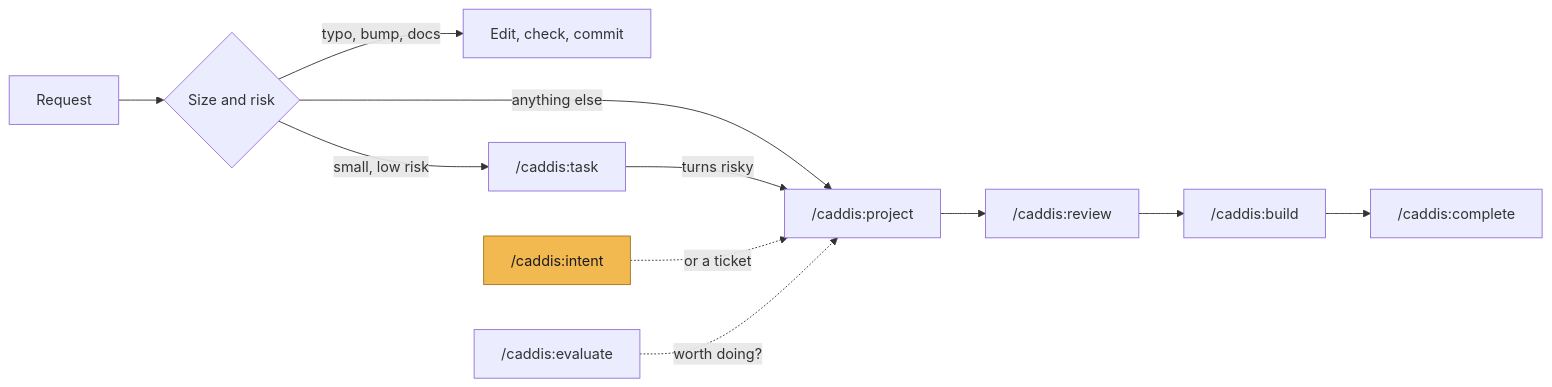
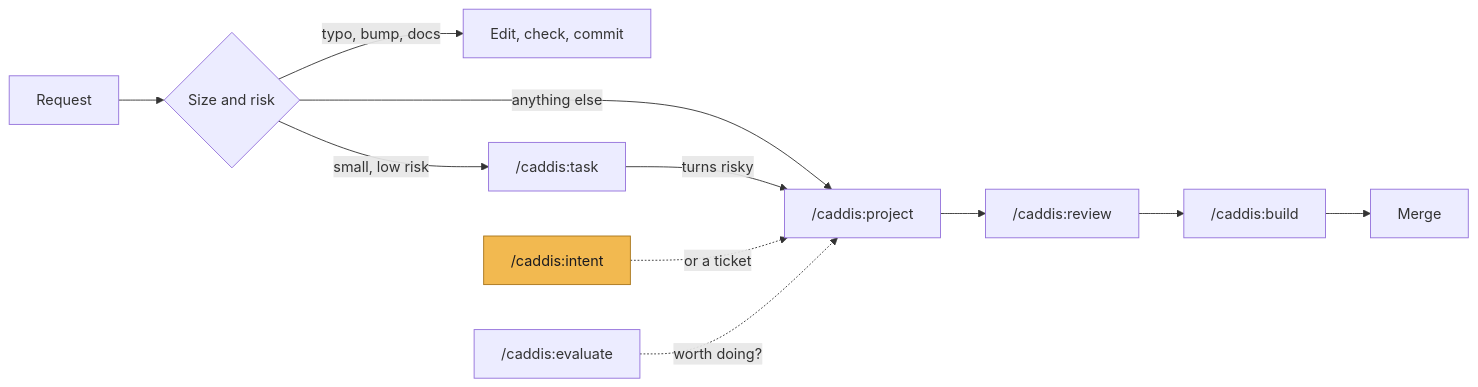
One commit to adivmaimon/Caddis changed the first of 2 diagrams in README.md. Above: the diagram before and after it, drawn with Mermaid. The commit also changed other lines of this file and 2 other files, not shown here.

Commit message:
docs(readme): reorganise around the workflow, team setups and adapting Caddis

````diff
--- a/README.md
+++ b/README.md
@@ -54,15 +55,15 @@
 ```mermaid
 flowchart LR
   R[Request] --> S{Size and risk}
   S -->|typo, bump, docs| Q[Edit, check, commit]
   S -->|small, low risk| T["/caddis:task"]
   S -->|anything else| P["/caddis:project"]
   T -->|turns risky| P
   I["/caddis:intent"] -.->|or a ticket| P
   E["/caddis:evaluate"] -.->|worth doing?| P
   P --> V["/caddis:review"]
   V --> B["/caddis:build"]
-  B --> C["/caddis:complete"]
+  B --> M[Merge]
   classDef po fill:#f2b950,stroke:#a8741a,color:#1b1b1f
   class I po
 ```
````
